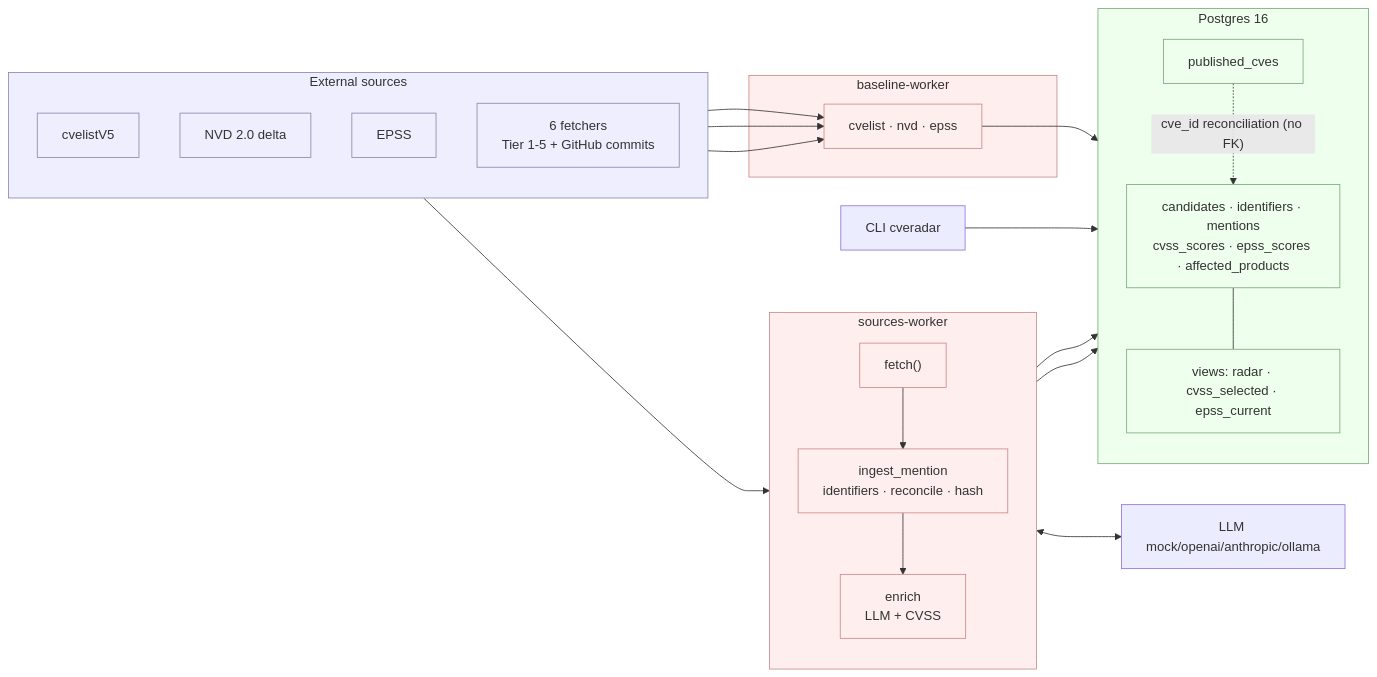
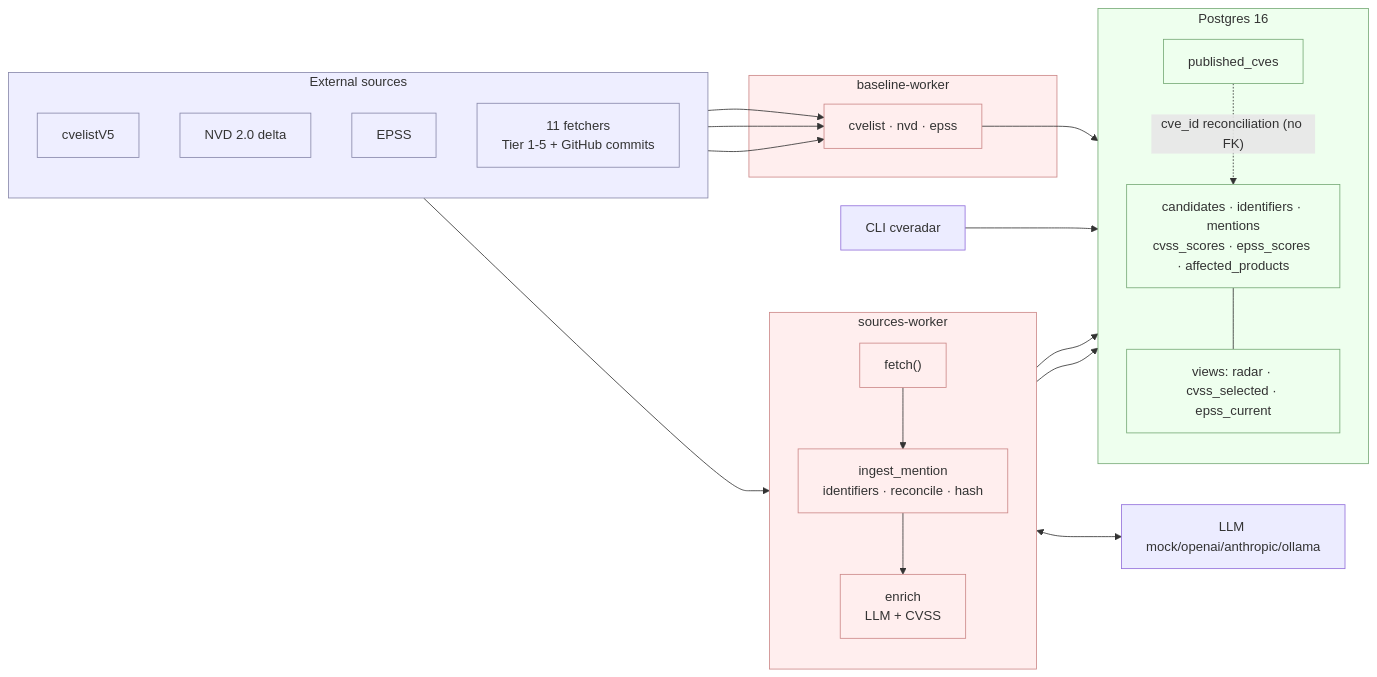
The diagram in README.md (aramosf/foreshock), drawn with Mermaid before and after one commit. The commit also changed other lines of this file and 14 other files, not shown here.

````diff
--- a/README.md
+++ b/README.md
@@ -35,43 +35,43 @@
 ```mermaid
 flowchart LR
     subgraph EXT["External sources"]
         direction TB
         CVELIST["cvelistV5"]
         NVD["NVD 2.0 delta"]
         EPSSAPI["EPSS"]
-        SRC["6 fetchers<br/>Tier 1-5 + GitHub commits"]
+        SRC["11 fetchers<br/>Tier 1-5 + GitHub commits"]
     end
     subgraph BW["baseline-worker"]
         JOBS["cvelist · nvd · epss"]
     end
     subgraph SW["sources-worker"]
         direction TB
         FETCH["fetch()"] --> INGEST["ingest_mention<br/>identifiers · reconcile · hash"] --> ENRICH["enrich<br/>LLM + CVSS"]
     end
     LLM["LLM mock/openai/anthropic/ollama"]
     subgraph PG["Postgres 16"]
         direction TB
         PUB["published_cves"]
         DATA["candidates · identifiers · mentions<br/>cvss_scores · epss_scores · affected_products"]
         VIEW["views: radar · cvss_selected · epss_current"]
     end
     CLI["CLI cveradar"]
     CVELIST --> JOBS
     NVD --> JOBS
     EPSSAPI --> JOBS
     SRC --> FETCH
     JOBS --> PUB
     INGEST --> DATA
     ENRICH --> DATA
     ENRICH <--> LLM
     PUB -. "cve_id reconciliation (no FK)" .-> DATA
     DATA --- VIEW
     CLI --> PG
 
     classDef ext fill:#eef,stroke:#88a;
     classDef store fill:#efe,stroke:#7a7;
     classDef proc fill:#fee,stroke:#c88;
     class EXT,CVELIST,NVD,EPSSAPI,SRC ext;
     class PG,PUB,DATA,VIEW store;
     class BW,SW,JOBS,FETCH,INGEST,ENRICH proc;
 ```
````
